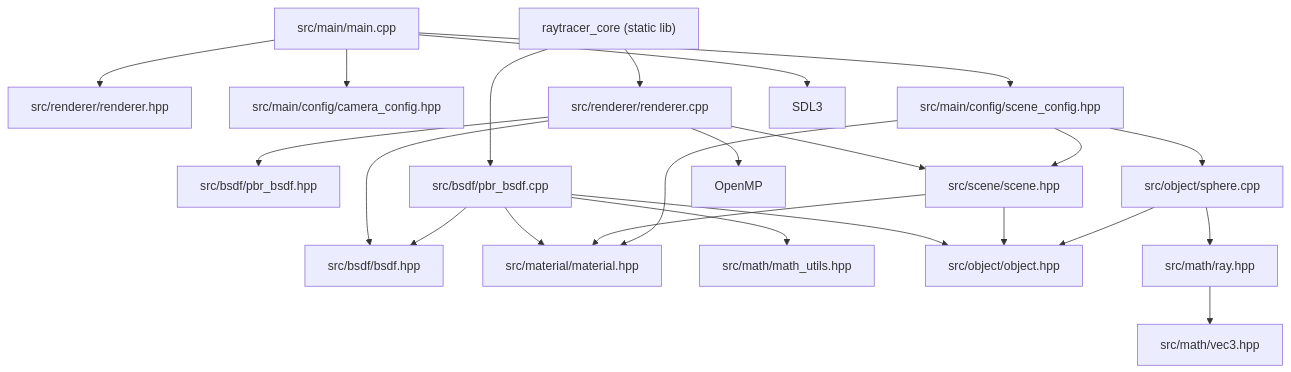
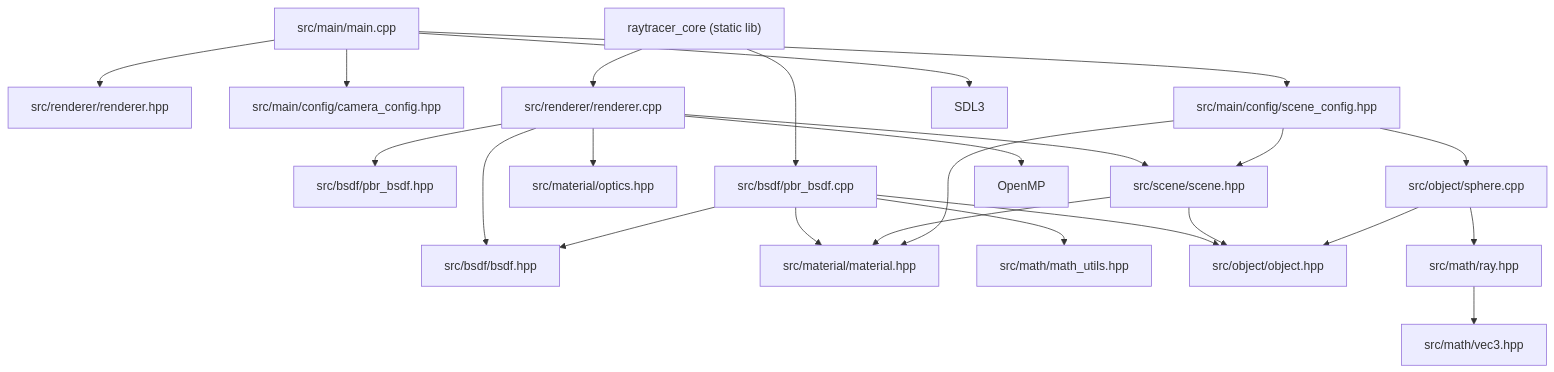
One commit to koretty/RayTracingEngine changed the diagram in docs/dependency.md. Above: the diagram before and after it, drawn with Mermaid. The commit also changed other lines of this file and 11 other files, not shown here.

````diff
--- a/docs/dependency.md
+++ b/docs/dependency.md
@@ -5,36 +5,37 @@
 ```mermaid
 graph TD
     main_cpp["src/main/main.cpp"] --> renderer_hpp["src/renderer/renderer.hpp"]
     main_cpp --> camera_cfg["src/main/config/camera_config.hpp"]
     main_cpp --> scene_cfg["src/main/config/scene_config.hpp"]
 
     renderer_cpp["src/renderer/renderer.cpp"] --> bsdf_if["src/bsdf/bsdf.hpp"]
     renderer_cpp --> bsdf_impl["src/bsdf/pbr_bsdf.hpp"]
     renderer_cpp --> scene_mod["src/scene/scene.hpp"]
+    renderer_cpp --> optics_mod["src/material/optics.hpp"]
 
     bsdf_impl_cpp["src/bsdf/pbr_bsdf.cpp"] --> bsdf_if
     bsdf_impl_cpp --> material_mod["src/material/material.hpp"]
     bsdf_impl_cpp --> math_utils["src/math/math_utils.hpp"]
     bsdf_impl_cpp --> object_abs["src/object/object.hpp"]
 
     scene_mod --> material_mod
     scene_mod --> object_abs
 
     object_sphere["src/object/sphere.cpp"] --> object_abs
     object_sphere --> ray_mod["src/math/ray.hpp"]
     ray_mod --> vec3_mod["src/math/vec3.hpp"]
 
     scene_cfg --> scene_mod
     scene_cfg --> material_mod
     scene_cfg --> object_sphere
 
     %% External
     sdl3["SDL3"]
     openmp["OpenMP"]
     cmake_core["raytracer_core (static lib)"]
 
     main_cpp --> sdl3
     renderer_cpp --> openmp
     cmake_core --> renderer_cpp
     cmake_core --> bsdf_impl_cpp
 ```
````
